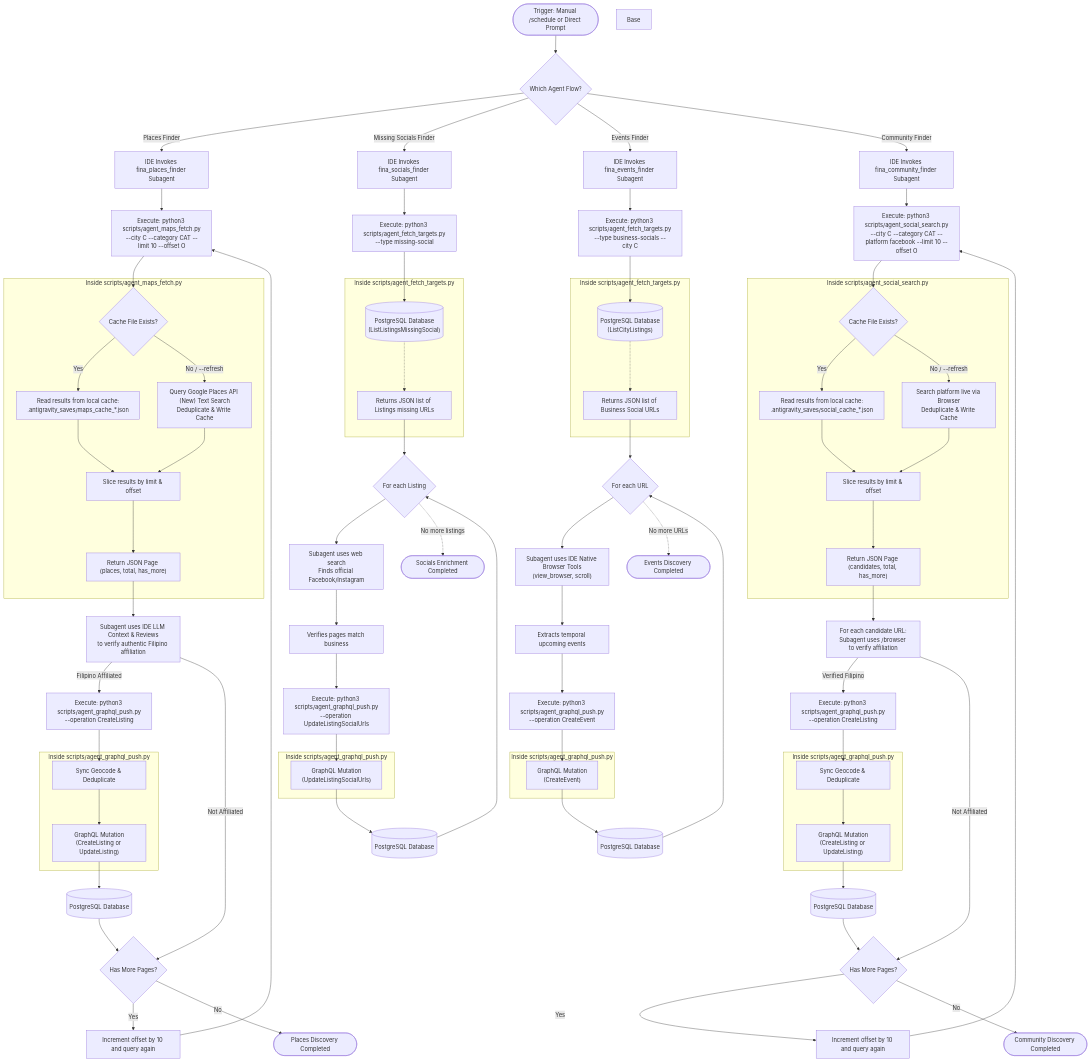
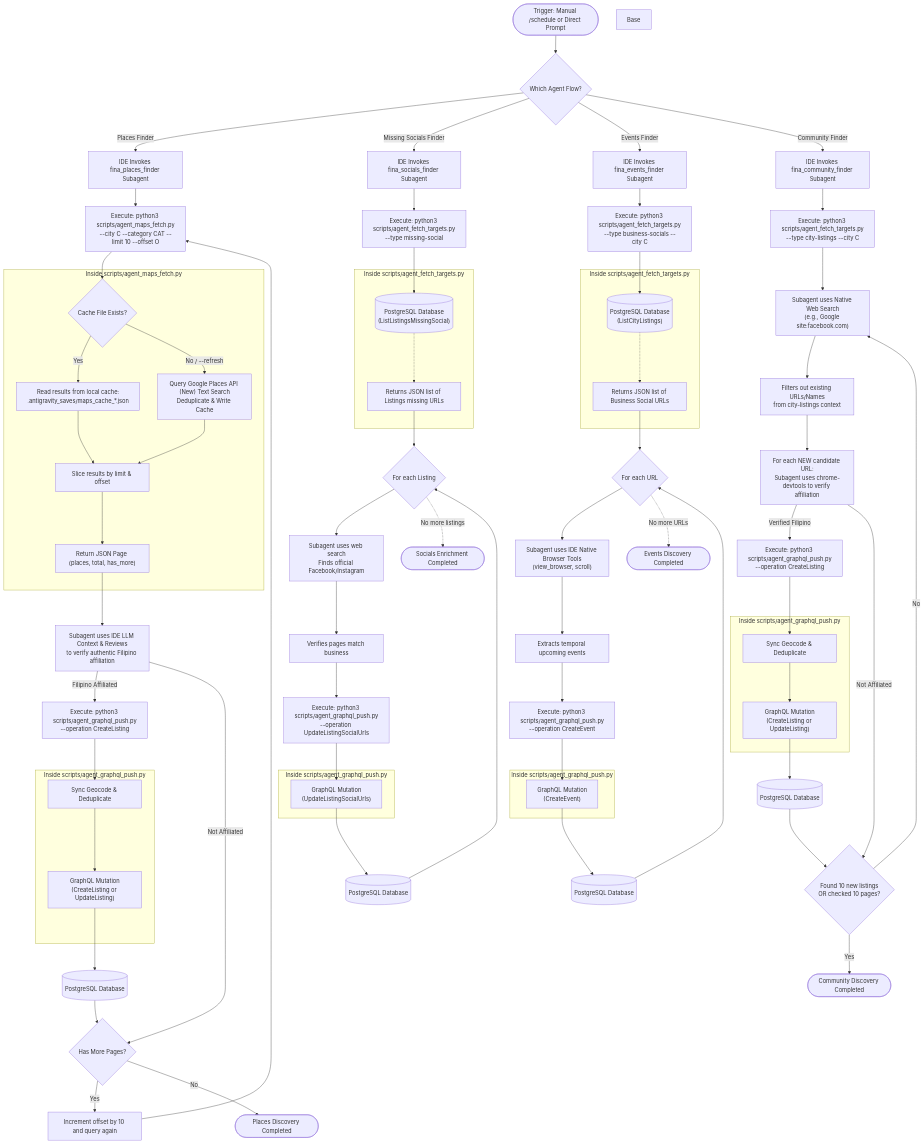
One commit to deriveraryan/fina-agent changed the diagram in docs/guides/ide_agent_architecture.md. Above: the diagram before and after it, drawn with Mermaid. The commit also changed other lines of this file and 6 other files, not shown here.

Commit message:
Refactor fina_community_finder to use native web search and enforce chrome-devtools for social scanning

````diff
--- a/docs/guides/ide_agent_architecture.md
+++ b/docs/guides/ide_agent_architecture.md
@@ -108,24 +108,11 @@
     
     %% ════════ 4. COMMUNITY FINDER FLOW (SOCIAL) ════════
     SelectSubagent -->|Community Finder| InvokeCommunityFinder["IDE Invokes fina_community_finder Subagent"]
-    InvokeCommunityFinder --> ExecSocialSearch["Execute: python3 scripts/agent_social_search.py<br>--city C --category CAT --platform facebook --limit 10 --offset O"]
+    InvokeCommunityFinder --> FetchCityListings["Execute: python3 scripts/agent_fetch_targets.py<br>--type city-listings --city C"]
+    FetchCityListings --> NativeWebSearch["Subagent uses Native Web Search<br>(e.g., Google site:facebook.com)"]
+    NativeWebSearch --> FilterKnown["Filters out existing URLs/Names<br>from city-listings context"]
     
-    subgraph agent_social_search["Inside scripts/agent_social_search.py"]
-        CheckCacheSocial{"Cache File Exists?"}
-        ReadCacheSocial["Read results from local cache:<br>.antigravity_saves/social_cache_*.json"]
-        SearchSocial["Search platform live via Browser<br>Deduplicate & Write Cache"]
-        SliceSocial["Slice results by limit & offset"]
-        ReturnPageSocial["Return JSON Page (candidates, total, has_more)"]
-    end
-    
-    ExecSocialSearch --> CheckCacheSocial
-    CheckCacheSocial -->|Yes| ReadCacheSocial
-    CheckCacheSocial -->|No / --refresh| SearchSocial
-    ReadCacheSocial --> SliceSocial
-    SearchSocial --> SliceSocial
-    SliceSocial --> ReturnPageSocial
-    
-    ReturnPageSocial --> BrowserVerify["For each candidate URL:<br>Subagent uses /browser to verify affiliation"]
+    FilterKnown --> BrowserVerify["For each NEW candidate URL:<br>Subagent uses chrome-devtools to verify affiliation"]
     BrowserVerify -->|Verified Filipino| ExecPushListing["Execute: python3 scripts/agent_graphql_push.py<br>--operation CreateListing"]
     subgraph agent_graphql_push_listing["Inside scripts/agent_graphql_push.py"]
         SyncGeocodeDedupListing["Sync Geocode & Deduplicate"]
@@ -138,8 +125,7 @@
     DBTransactionListing --> CheckHasMoreSocial
     BrowserVerify -->|Not Affiliated| CheckHasMoreSocial
     
-    CheckHasMoreSocial{"Has More Pages?"}
-    CheckHasMoreSocial -->|Yes| NextPageSocial["Increment offset by 10 and query again"]
-    NextPageSocial --> ExecSocialSearch
-    CheckHasMoreSocial -->|No| FinishSocial(["Community Discovery Completed"])
+    CheckHasMoreSocial{"Found 10 new listings<br>OR checked 10 pages?"}
+    CheckHasMoreSocial -->|No| NativeWebSearch
+    CheckHasMoreSocial -->|Yes| FinishSocial(["Community Discovery Completed"])
 ```
````
